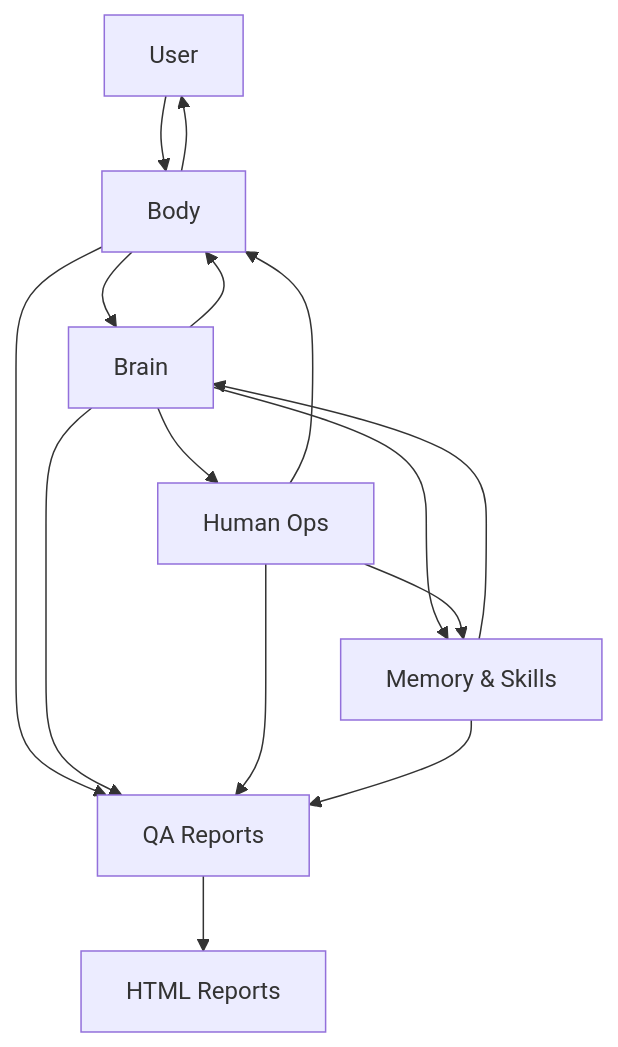
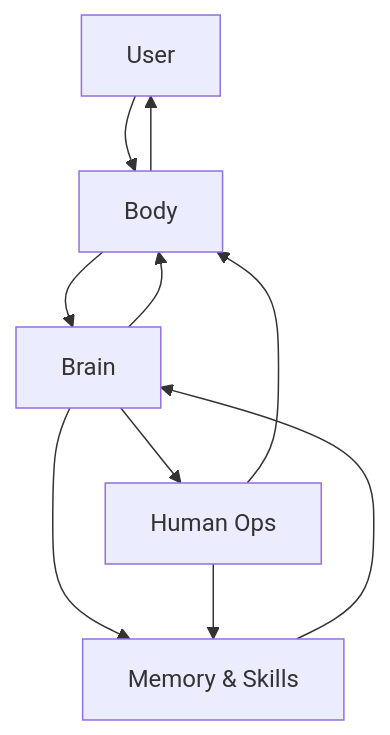
One commit to pacoman-258/Ipet changed the diagram in docs/architecture.md. Above: the diagram before and after it, drawn with Mermaid. The commit also changed other lines of this file and 94 other files, not shown here.

````diff
--- a/docs/architecture.md
+++ b/docs/architecture.md
@@ -18,17 +18,12 @@
 ```mermaid
 flowchart TD
     User[User] --> Body[Body]
     Body --> Brain[Brain]
     Brain --> Body
     Brain --> HumanOps[Human Ops]
     Brain --> MemorySkills[Memory & Skills]
     HumanOps --> Body
     HumanOps --> MemorySkills
     MemorySkills --> Brain
     Body --> User
-    QA[QA Reports] --> Docs[HTML Reports]
-    Body --> QA
-    Brain --> QA
-    HumanOps --> QA
-    MemorySkills --> QA
 ```
````
